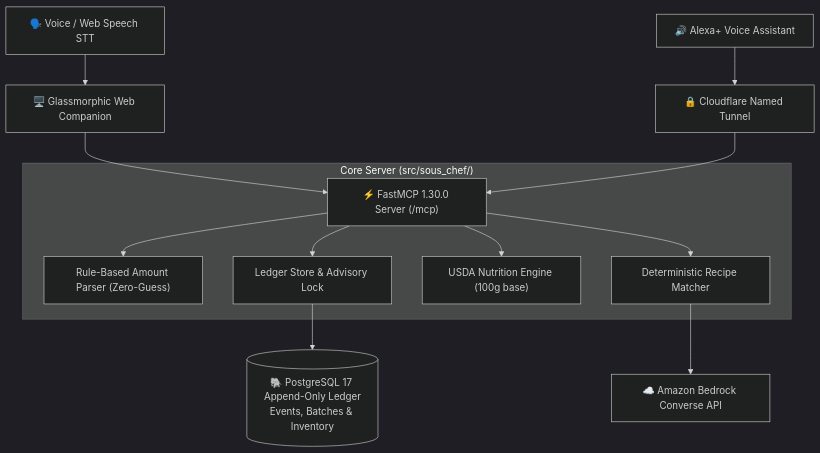
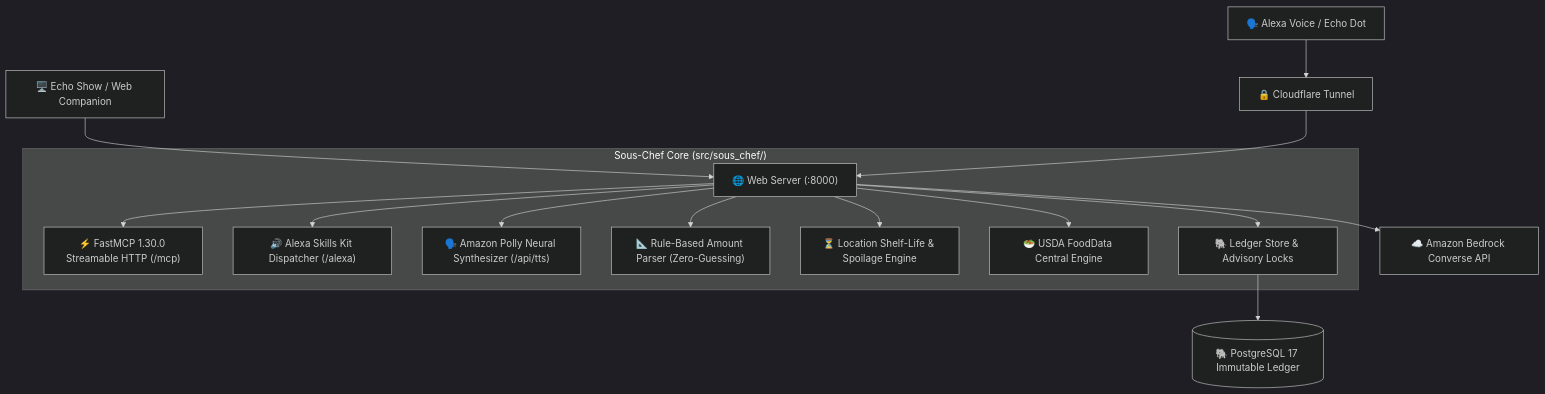
The diagram in README.md (balu1225/sous-chef), drawn with Mermaid (dark theme) before and after one commit. The commit also changed other lines of this file and 3 other files, not shown here.

````diff
--- a/README.md
+++ b/README.md
@@ -23,17 +51,19 @@
 ```mermaid
 graph TD
-    User["🗣️ Voice / Web Speech STT"] --> UI["🖥️ Glassmorphic Web Companion"]
-    Alexa["🔊 Alexa+ Voice Assistant"] --> Tunnel["🔒 Cloudflare Named Tunnel"]
-    UI --> Server["⚡ FastMCP 1.30.0 Server (/mcp)"]
-    Tunnel --> Server
+    User["🗣️ Alexa Voice / Echo Dot"] --> Tunnel["🔒 Cloudflare Tunnel"]
+    UserEcho["🖥️ Echo Show / Web Companion"] --> API["🌐 Web Server (:8000)"]
+    Tunnel --> API
     
-    subgraph "Core Server (src/sous_chef/)"
-        Server --> Parser["Rule-Based Amount Parser (Zero-Guess)"]
-        Server --> LedgerEngine["Ledger Store & Advisory Lock"]
-        Server --> NutritionEngine["USDA Nutrition Engine (100g base)"]
-        Server --> RecipeMatcher["Deterministic Recipe Matcher"]
+    subgraph "Sous-Chef Core (src/sous_chef/)"
+        API --> FastMCP["⚡ FastMCP 1.30.0 Streamable HTTP (/mcp)"]
+        API --> AlexaHandler["🔊 Alexa Skills Kit Dispatcher (/alexa)"]
+        API --> Polly["🗣️ Amazon Polly Neural Synthesizer (/api/tts)"]
+        API --> Parser["📐 Rule-Based Amount Parser (Zero-Guessing)"]
+        API --> ShelfLife["⏳ Location Shelf-Life & Spoilage Engine"]
+        API --> Nutrition["🥗 USDA FoodData Central Engine"]
+        API --> LedgerStore["🐘 Ledger Store & Advisory Locks"]
     end
     
-    LedgerEngine --> Postgres[("🐘 PostgreSQL 17 Append-Only Ledger<br/>Events, Batches & Inventory")]
-    RecipeMatcher --> Bedrock["☁️ Amazon Bedrock Converse API"]
+    LedgerStore --> Postgres[("🐘 PostgreSQL 17 Immutable Ledger")]
+    API --> Bedrock["☁️ Amazon Bedrock Converse API"]
 ```
````
